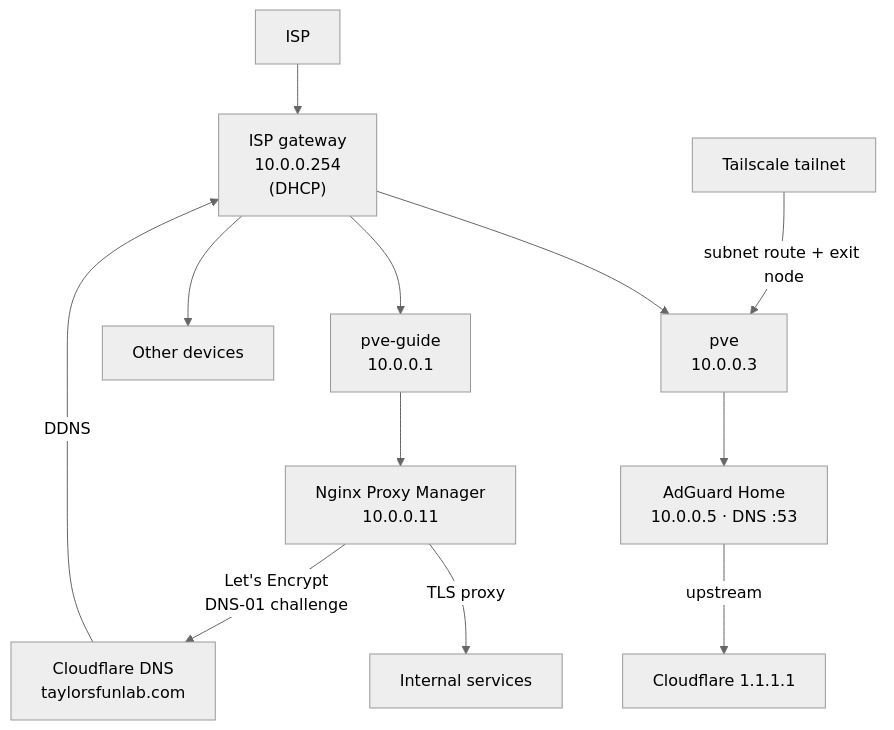
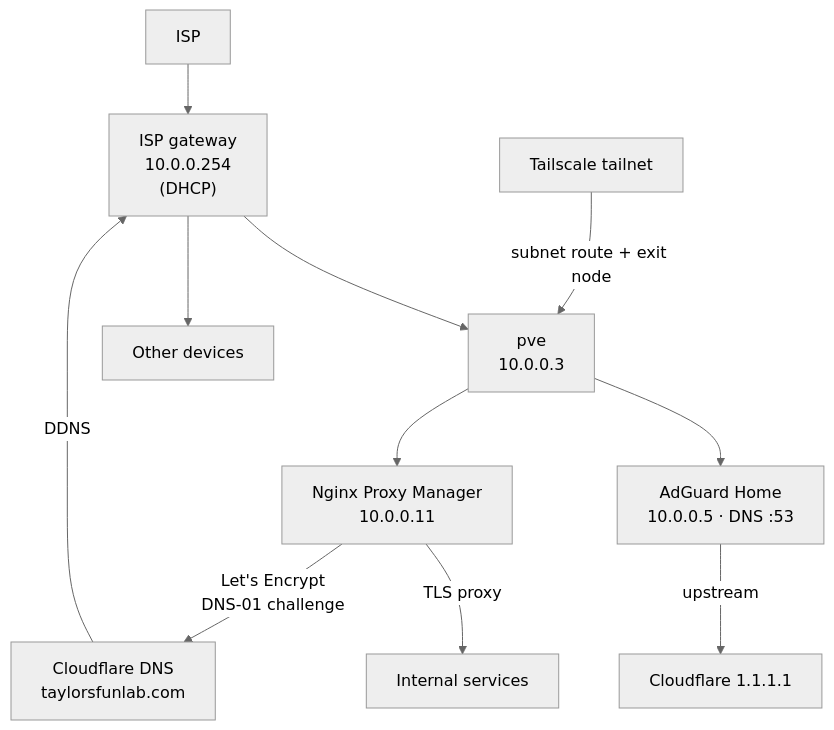
One commit to taylordbowers/homelab changed the diagram in docs/infrastructure/network.md. Above: the diagram before and after it, drawn with Mermaid (neutral theme). The commit also changed other lines of this file and 25 other files, not shown here.

First line of the commit message:
Single-node layout: array moved into pve, pve-guide retired

````diff
--- a/docs/infrastructure/network.md
+++ b/docs/infrastructure/network.md
@@ -7,14 +7,13 @@
 ```mermaid
 graph TD
     ISP["ISP"] --> Router["ISP gateway\n10.0.0.254\n(DHCP)"]
     Router --> PVE["pve\n10.0.0.3"]
-    Router --> GUIDE["pve-guide\n10.0.0.1"]
     Router --> Devices["Other devices"]
     PVE --> AG["AdGuard Home\n10.0.0.5 · DNS :53"]
     AG -->|upstream| DNS["Cloudflare 1.1.1.1"]
-    GUIDE --> NPM["Nginx Proxy Manager\n10.0.0.11"]
+    PVE --> NPM["Nginx Proxy Manager\n10.0.0.11"]
     NPM -->|TLS proxy| Services["Internal services"]
     CF["Cloudflare DNS\ntaylorsfunlab.com"] -->|DDNS| Router
     NPM -->|Let's Encrypt\nDNS-01 challenge| CF
     TS["Tailscale tailnet"] -->|subnet route + exit node| PVE
 ```
````
